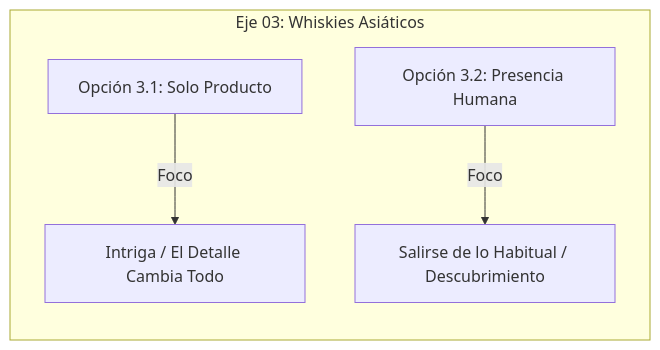
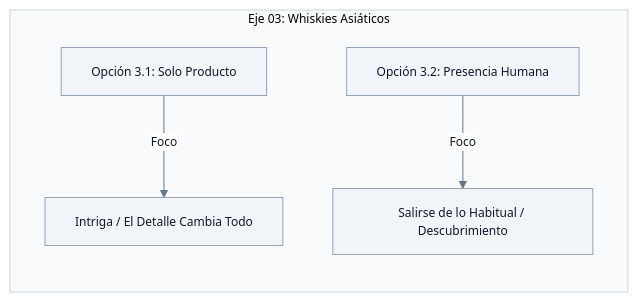
One commit to jsrxar77/mo-baseline changed the fifth of 8 diagrams in releases/drinklovers/PROPUESTA_MES_1_META_ADS.md. Above: the diagram before and after it, drawn with Mermaid. The commit also changed other lines of this file, not shown here.

Commit message:
style(drinklovers): harmonize all mermaid diagrams with soft gray palette, black text, compact quadrant font and scaled gantt dates

````diff
--- a/releases/drinklovers/PROPUESTA_MES_1_META_ADS.md
+++ b/releases/drinklovers/PROPUESTA_MES_1_META_ADS.md
@@ -150,7 +208,22 @@
 ```mermaid
+%%{init: {
+  'theme': 'base',
+  'themeVariables': {
+    'primaryColor': '#F1F5F9',
+    'primaryTextColor': '#0F172A',
+    'primaryBorderColor': '#94A3B8',
+    'lineColor': '#64748B',
+    'clusterBkg': '#F8FAFC',
+    'clusterBorder': '#CBD5E1',
+    'edgeLabelBackground': '#FFFFFF',
+    'fontFamily': 'system-ui, -apple-system, sans-serif',
+    'fontSize': '12px'
+  },
+  'themeCSS': 'text { fill: #0F172A !important; font-family: system-ui, -apple-system, sans-serif !important; } .node rect { fill: #F1F5F9 !important; stroke: #94A3B8 !important; } .cluster rect { fill: #F8FAFC !important; stroke: #CBD5E1 !important; }'
+}}%%
 graph LR
     subgraph Eje 03: Whiskies Asiáticos
-        WA1[Opción 3.1: Solo Producto] -->|Foco| WP1[Intriga / El Detalle Cambia Todo]
-        WA2[Opción 3.2: Presencia Humana] -->|Foco| WP2[Salirse de lo Habitual / Descubrimiento]
+        WA1["Opción 3.1: Solo Producto"] -->|Foco| WP1["Intriga / El Detalle Cambia Todo"]
+        WA2["Opción 3.2: Presencia Humana"] -->|Foco| WP2["Salirse de lo Habitual / Descubrimiento"]
     end
 ```
````
